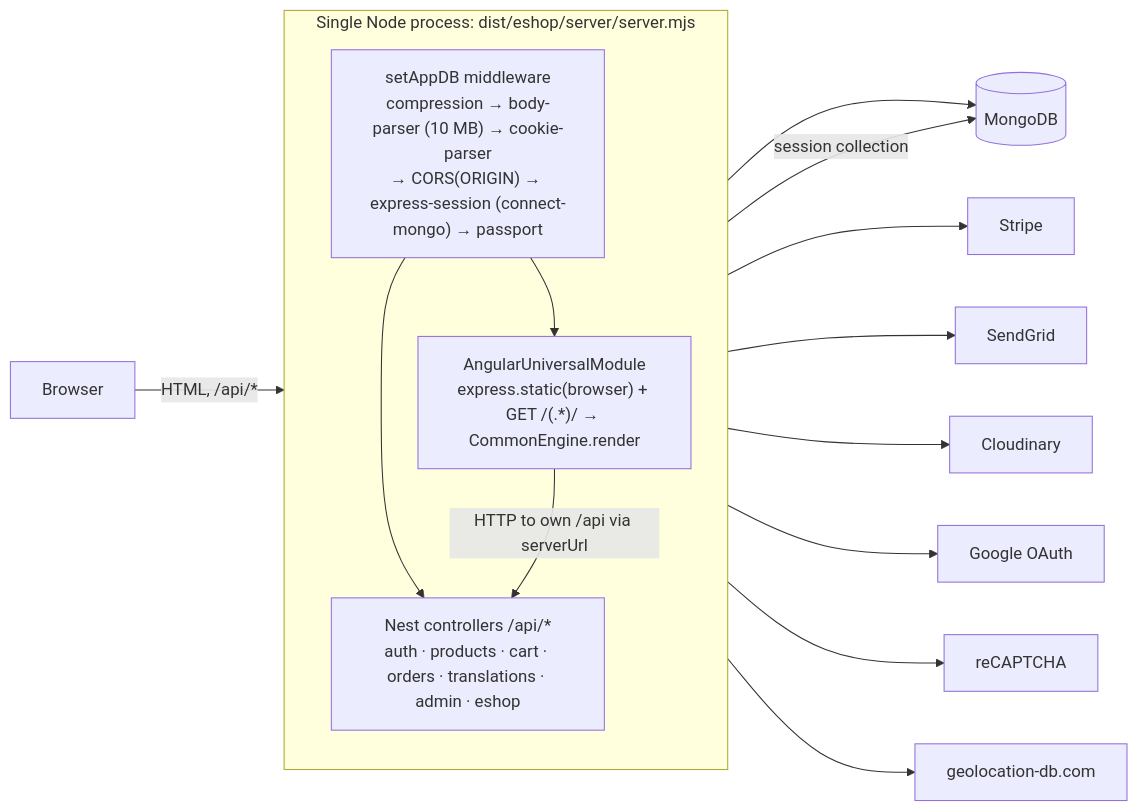
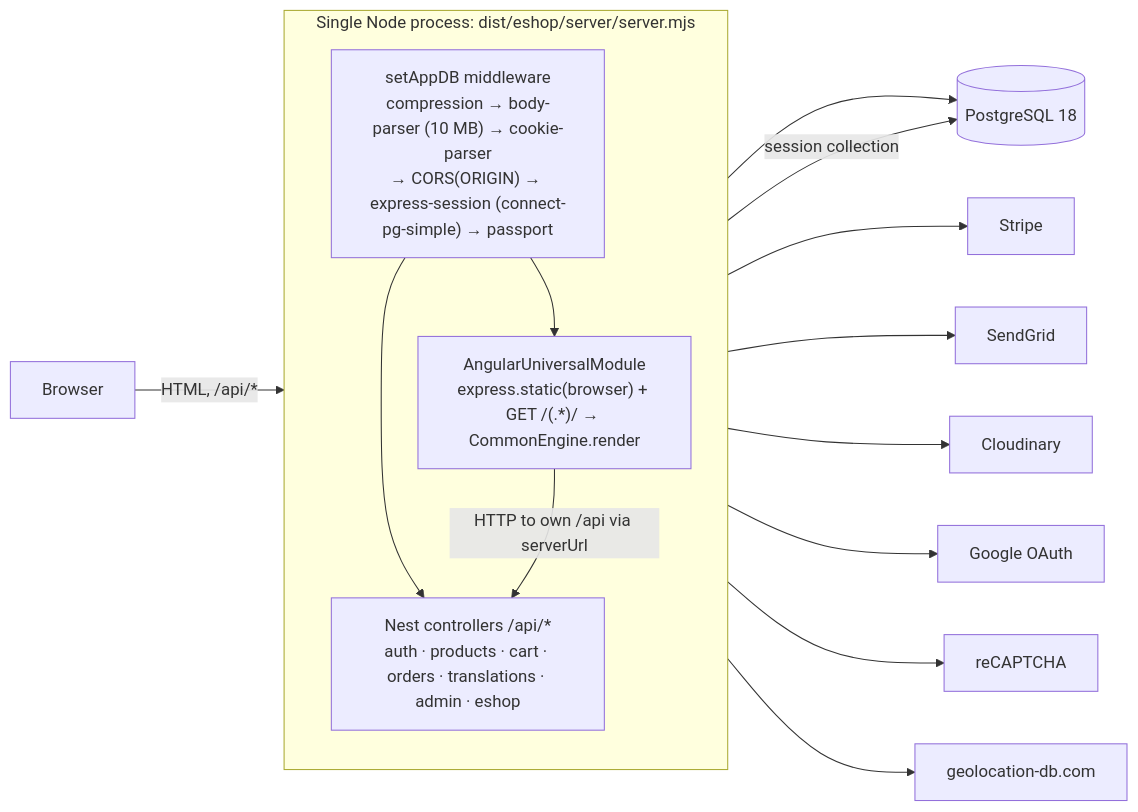
Before and after one commit to pararell/eshop_mean: the first of 2 diagrams in docs/architecture.md, drawn with Mermaid. The commit also changed other lines of this file and 41 other files, not shown here.

````diff
--- a/docs/architecture.md
+++ b/docs/architecture.md
@@ -14,21 +20,21 @@
 ```mermaid
 flowchart LR
   B[Browser] -->|HTML, /api/*| N
   subgraph N[Single Node process: dist/eshop/server/server.mjs]
     direction TB
-    MW["setAppDB middleware<br/>compression → body-parser (10 MB) → cookie-parser<br/>→ CORS(ORIGIN) → express-session (connect-mongo) → passport"]
+    MW["setAppDB middleware<br/>compression → body-parser (10 MB) → cookie-parser<br/>→ CORS(ORIGIN) → express-session (connect-pg-simple) → passport"]
     API["Nest controllers /api/*<br/>auth · products · cart · orders · translations · admin · eshop"]
     SSR["AngularUniversalModule<br/>express.static(browser) + GET /(.*)/ → CommonEngine.render"]
     MW --> API
     MW --> SSR
   end
-  API --> M[(MongoDB)]
+  API --> M[(PostgreSQL 18)]
   MW -->|session collection| M
   SSR -->|HTTP to own /api via serverUrl| API
   API --> S[Stripe]
   API --> SG[SendGrid]
   API --> C[Cloudinary]
   API --> G[Google OAuth]
   API --> R[reCAPTCHA]
   API --> GEO[geolocation-db.com]
 ```
````
